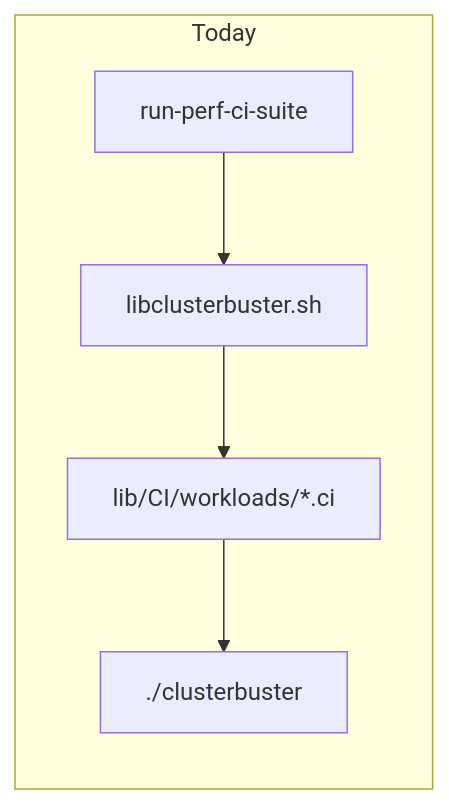
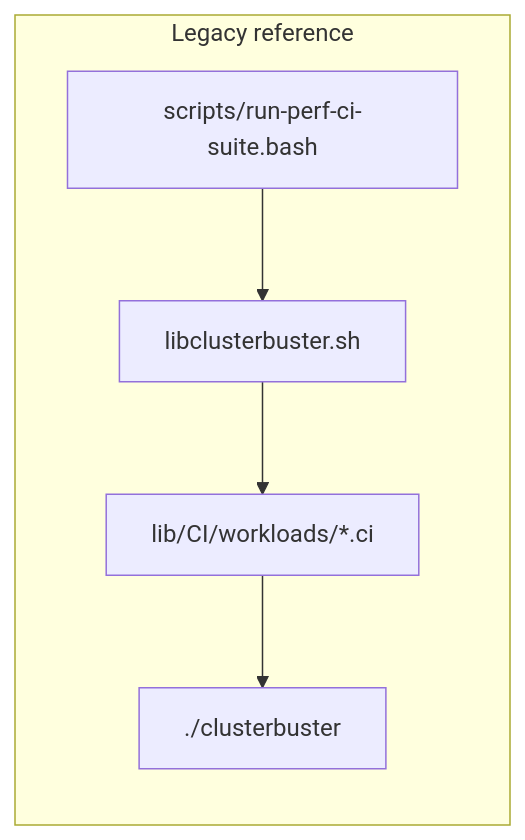
Before and after one commit to RobertKrawitz/clusterbuster: the first of 2 diagrams in docs/clusterbuster-ci-python-phase2.md, drawn with Mermaid. The commit also changed other lines of this file, not shown here.

````diff
--- a/docs/clusterbuster-ci-python-phase2.md
+++ b/docs/clusterbuster-ci-python-phase2.md
@@ -14,12 +27,12 @@
 ```mermaid
 flowchart LR
-  subgraph today [Today]
-    R[run-perf-ci-suite]
+  subgraph today [Legacy reference]
+    R[scripts/run-perf-ci-suite.bash]
     L[libclusterbuster.sh]
     C[lib/CI/workloads/*.ci]
     B[./clusterbuster]
     R --> L
     L --> C
     C --> B
   end
 ```
````
